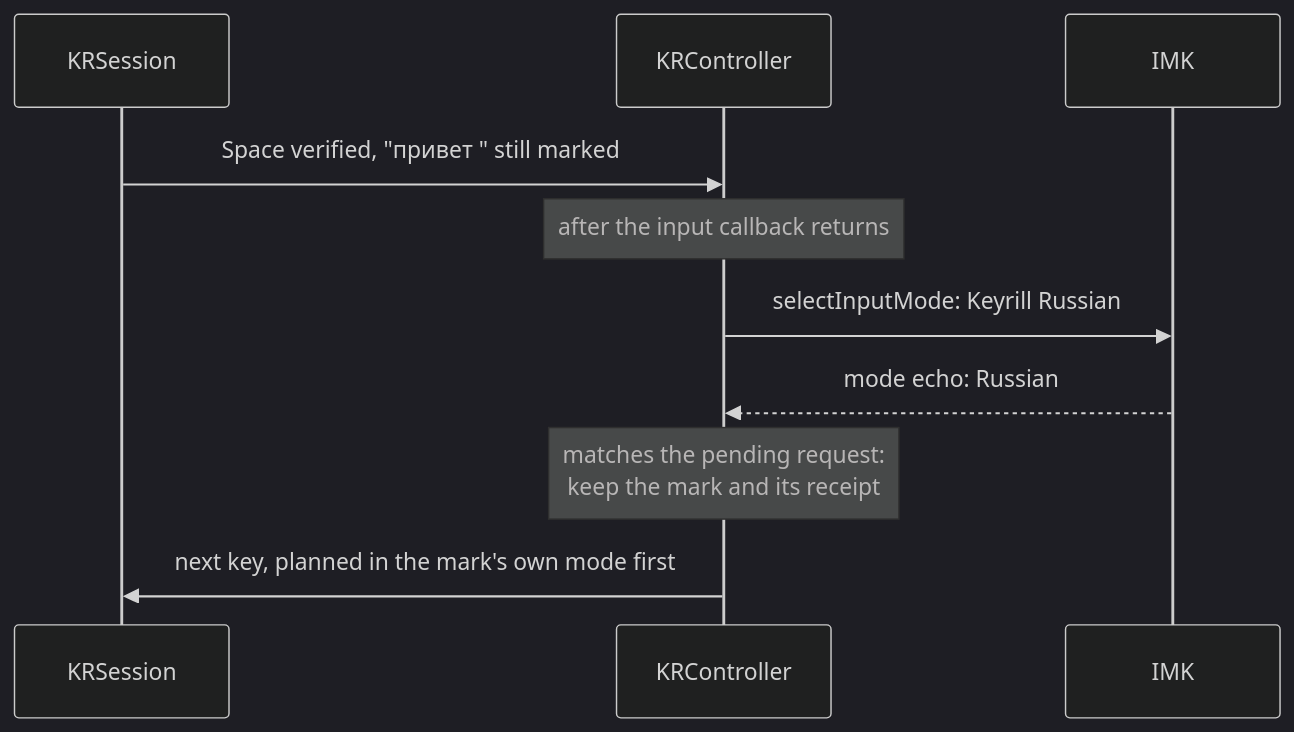
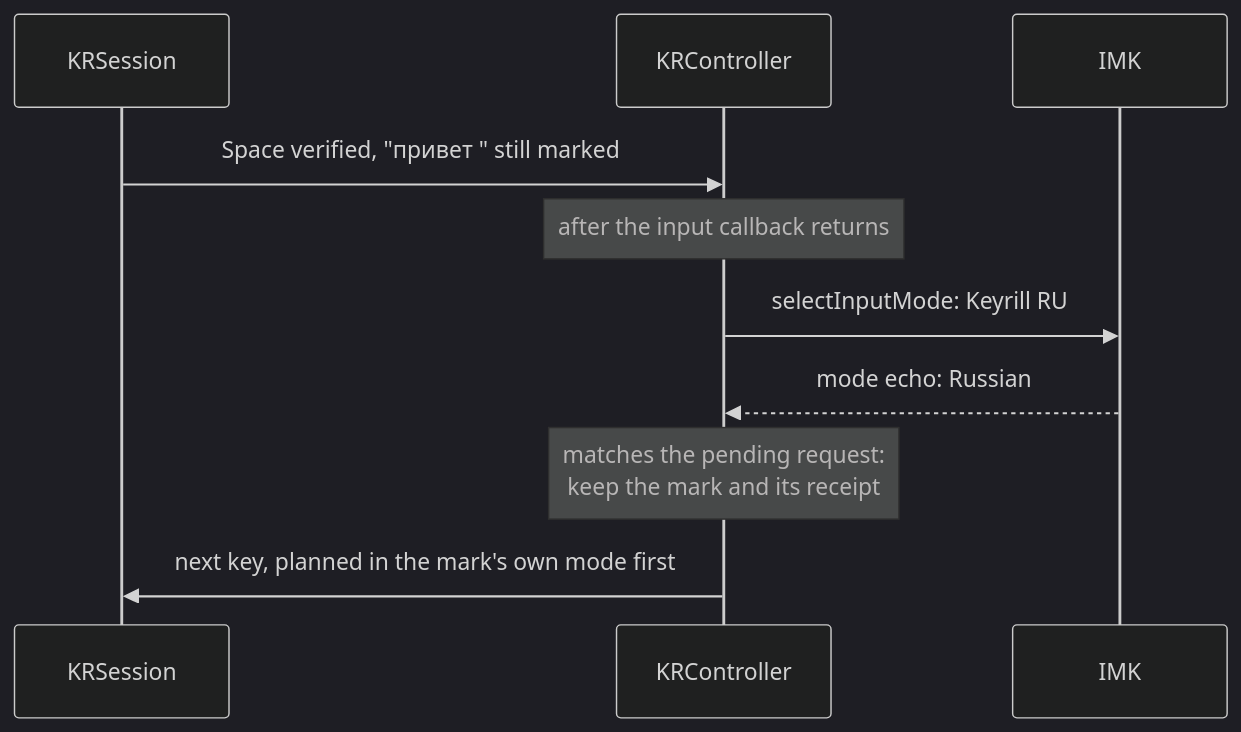
Before and after one commit to megabyde/keyrill: the second of 3 diagrams in docs/macos.md, drawn with Mermaid (dark theme). The commit also changed other lines of this file and 27 other files, not shown here.

````diff
--- a/docs/macos.md
+++ b/docs/macos.md
@@ -232,12 +232,12 @@
 ```mermaid
 sequenceDiagram
     participant S as KRSession
     participant C as KRController
     participant I as IMK
     S->>C: Space verified, "привет " still marked
     Note over C: after the input callback returns
-    C->>I: selectInputMode: Keyrill Russian
+    C->>I: selectInputMode: Keyrill RU
     I-->>C: mode echo: Russian
     Note over C: matches the pending request:<br/>keep the mark and its receipt
     C->>S: next key, planned in the mark's own mode first
 ```
````
